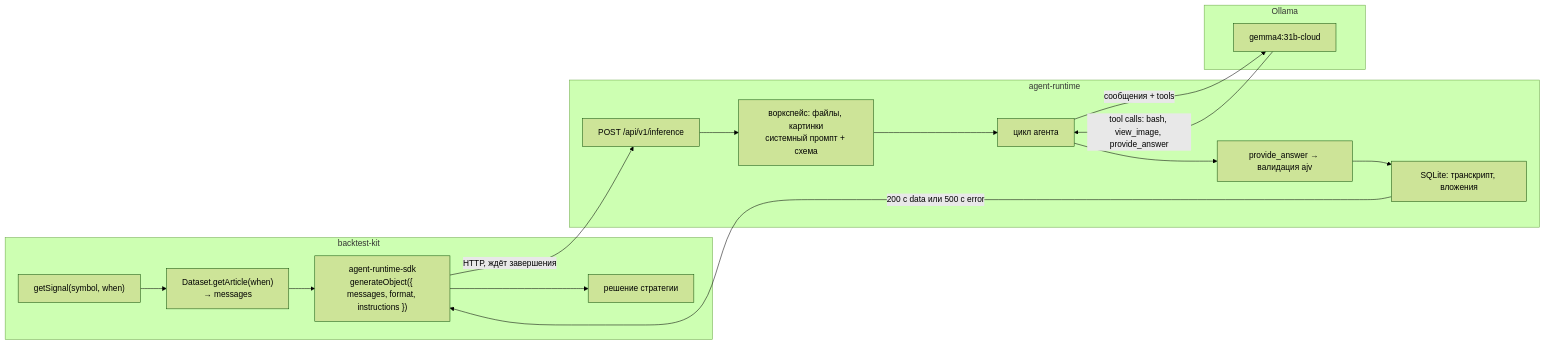
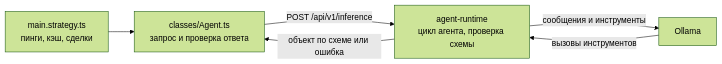
One commit to backtest-kit/backtest-news-claims changed the diagram in docs/RUNTIME.md. Above: the diagram before and after it, drawn with Mermaid (forest theme). The commit also changed other lines of this file and 4 other files, not shown here.

````diff
--- a/docs/RUNTIME.md
+++ b/docs/RUNTIME.md
@@ -33,21 +18,8 @@
 ```mermaid
 flowchart LR
-    subgraph BK["backtest-kit"]
-        GS["getSignal(symbol, when)"] --> DS["Dataset.getArticle(when)<br/>→ messages"]
-        DS --> SDK["agent-runtime-sdk<br/>generateObject({ messages, format, instructions })"]
-        SDK --> DEC["решение стратегии"]
-    end
-    subgraph AR["agent-runtime"]
-        API["POST /api/v1/inference"] --> WS["воркспейс: файлы, картинки<br/>системный промпт + схема"]
-        WS --> LOOP["цикл агента"]
-        LOOP --> VAL["provide_answer → валидация ajv"]
-        VAL --> DB["SQLite: транскрипт, вложения"]
-    end
-    subgraph OL["Ollama"]
-        M["gemma4:31b-cloud"]
-    end
-    SDK -- "HTTP, ждёт завершения" --> API
-    LOOP -- "сообщения + tools" --> M
-    M -- "tool calls: bash, view_image, provide_answer" --> LOOP
-    DB -- "200 с data или 500 с error" --> SDK
+    S["main.strategy.ts<br/>пинги, кэш, сделки"] --> A["classes/Agent.ts<br/>запрос и проверка ответа"]
+    A -- "POST /api/v1/inference" --> R["agent-runtime<br/>цикл агента, проверка схемы"]
+    R -- "сообщения и инструменты" --> O["Ollama"]
+    O -- "вызовы инструментов" --> R
+    R -- "объект по схеме или ошибка" --> A
 ```
````
